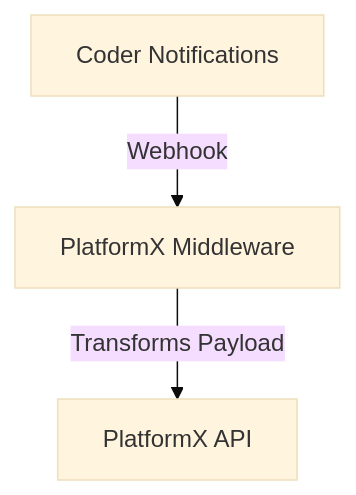
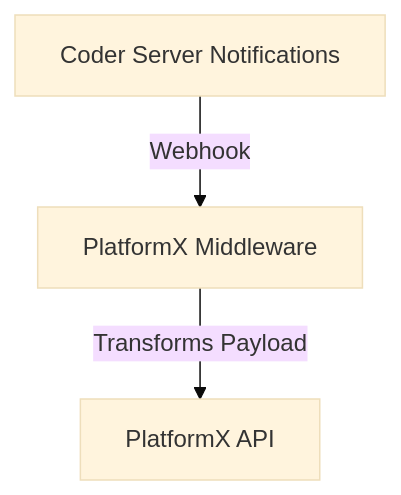
One commit to coder/coder-platformx-notifications changed the diagram in README.md. Above: the diagram before and after it, drawn with Mermaid (base theme). The commit also changed other lines of this file, not shown here.

````diff
--- a/README.md
+++ b/README.md
@@ -40,5 +40,5 @@
 ```mermaid
 graph TD;
-    Coder[Coder Notifications] -->|Webhook| Middleware[PlatformX Middleware];
+    Coder[Coder Server Notifications] -->|Webhook| Middleware[PlatformX Middleware];
     Middleware -->|Transforms Payload| PlatformX[PlatformX API];
 ```
````
